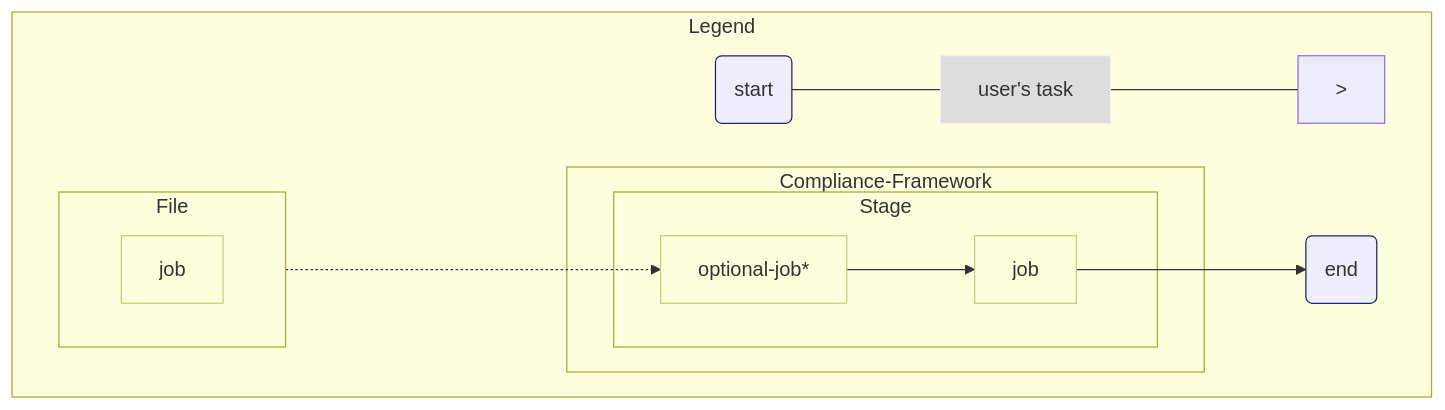
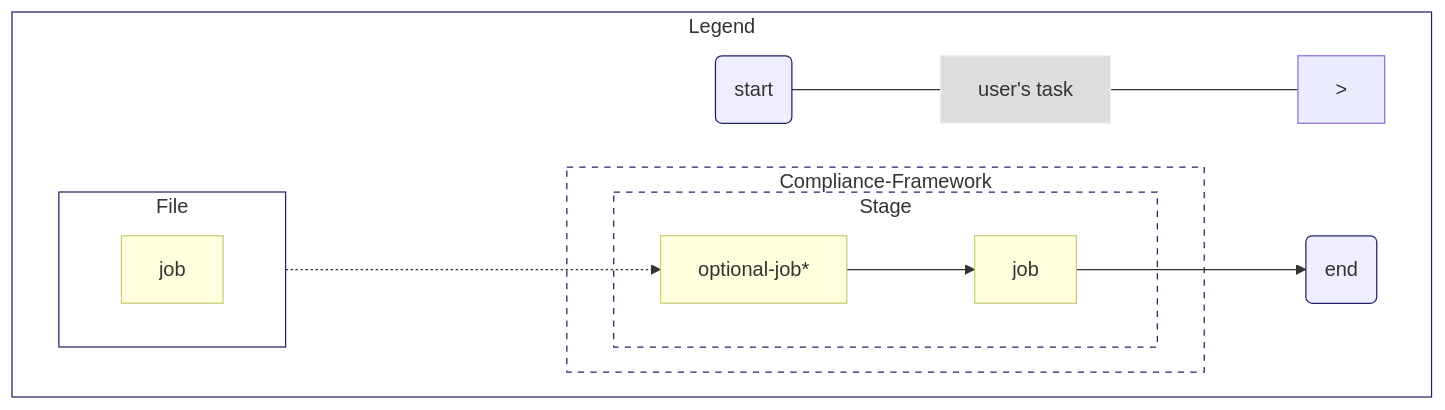
Before and after one commit to anbarisker/mermaid-debugger: the second of 7 diagrams in advanced/mermaid.md, drawn with Mermaid. The commit also changed other lines of this file, not shown here.

````diff
--- a/advanced/mermaid.md
+++ b/advanced/mermaid.md
@@ -122,27 +121,28 @@
 ```mermaid
 flowchart LR
- subgraph "Legend"	
- direction LR	
- n1(start) --- a1["user's task"] ---&gt; j1	
- j1 -...-> j2	
- j3 --> n2(end)	
-   subgraph "Compliance-Framework"	
-     subgraph "Stage"	
-     j2[optional-job*] --> j3[job]	
-     end	
-   end	
-   subgraph "File"	
-   direction LR	
-   j1[job]	
-   end	
- end   classDef J fill:#ffd,stroke:#cc7;	
-   class j1,j2,j3 J;	
-   classDef A fill:#ddd,stroke:#eee;	
-   class a1 A;	
-   classDef F fill:#fff,stroke:#226;	
-   class File,Legend F;	
-   classDef C fill:#fff,stroke:#226,stroke-dasharray: 5 5;	
-   class Compliance-Framework,Stage C;	
-   classDef N fill:#eef,stroke:#226;	
-   class n1,n2 N;
+ subgraph "Legend"
+ direction LR
+ n1(start) --- a1["user's task"] ---&gt; j1
+ j1 -...-> j2
+ j3 --> n2(end)
+		subgraph "Compliance-Framework"
+			subgraph "Stage"
+			j2[optional-job*] --> j3[job]
+			end
+	 end
+	 subgraph "File"
+	 direction LR
+	 j1[job]
+	 end
+ end
+ classDef J fill:#ffd,stroke:#cc7;
+		class j1,j2,j3 J;
+	 classDef A fill:#ddd,stroke:#eee;
+	 class a1 A;
+	 classDef F fill:#fff,stroke:#226;
+	 class File,Legend F;
+	 classDef C fill:#fff,stroke:#226,stroke-dasharray: 5 5;
+	 class Compliance-Framework,Stage C;
+	 classDef N fill:#eef,stroke:#226;
+	 class n1,n2 N;
 ```
````
